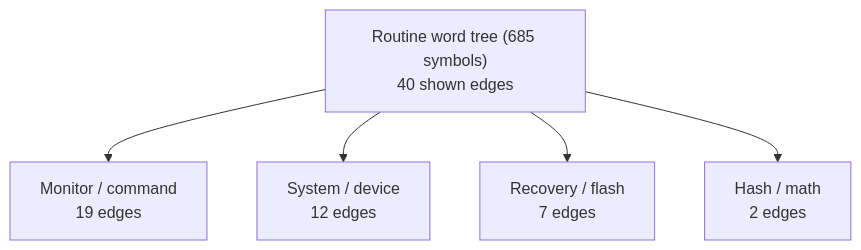
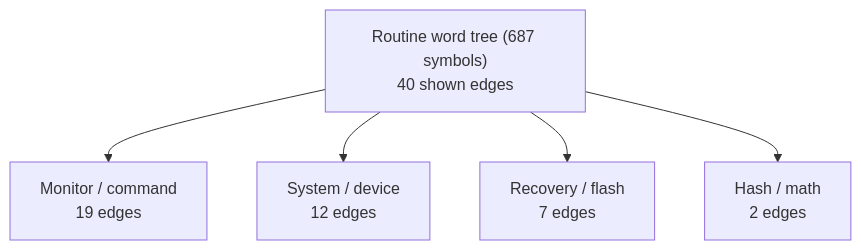
One commit to 95westus/R-YORS changed the first of 6 diagrams in DOC/GENERATED/ROUTINE_WORD_TREE.md. Above: the diagram before and after it, drawn with Mermaid. The commit also changed other lines of this file and 24 other files, not shown here.

````diff
--- a/DOC/GENERATED/ROUTINE_WORD_TREE.md
+++ b/DOC/GENERATED/ROUTINE_WORD_TREE.md
@@ -16,7 +16,7 @@
 ```mermaid
 flowchart TD
-    MAP_ROOT_ROUTINE_WORD_TREE__685_SYMBOLS_["Routine word tree (685 symbols)<br/>40 shown edges"] --> MAP_FAMILY_MONITOR___COMMAND["Monitor / command<br/>19 edges"]
-    MAP_ROOT_ROUTINE_WORD_TREE__685_SYMBOLS_["Routine word tree (685 symbols)<br/>40 shown edges"] --> MAP_FAMILY_SYSTEM___DEVICE["System / device<br/>12 edges"]
-    MAP_ROOT_ROUTINE_WORD_TREE__685_SYMBOLS_["Routine word tree (685 symbols)<br/>40 shown edges"] --> MAP_FAMILY_RECOVERY___FLASH["Recovery / flash<br/>7 edges"]
-    MAP_ROOT_ROUTINE_WORD_TREE__685_SYMBOLS_["Routine word tree (685 symbols)<br/>40 shown edges"] --> MAP_FAMILY_HASH___MATH["Hash / math<br/>2 edges"]
+    MAP_ROOT_ROUTINE_WORD_TREE__687_SYMBOLS_["Routine word tree (687 symbols)<br/>40 shown edges"] --> MAP_FAMILY_MONITOR___COMMAND["Monitor / command<br/>19 edges"]
+    MAP_ROOT_ROUTINE_WORD_TREE__687_SYMBOLS_["Routine word tree (687 symbols)<br/>40 shown edges"] --> MAP_FAMILY_SYSTEM___DEVICE["System / device<br/>12 edges"]
+    MAP_ROOT_ROUTINE_WORD_TREE__687_SYMBOLS_["Routine word tree (687 symbols)<br/>40 shown edges"] --> MAP_FAMILY_RECOVERY___FLASH["Recovery / flash<br/>7 edges"]
+    MAP_ROOT_ROUTINE_WORD_TREE__687_SYMBOLS_["Routine word tree (687 symbols)<br/>40 shown edges"] --> MAP_FAMILY_HASH___MATH["Hash / math<br/>2 edges"]
 ```
````
